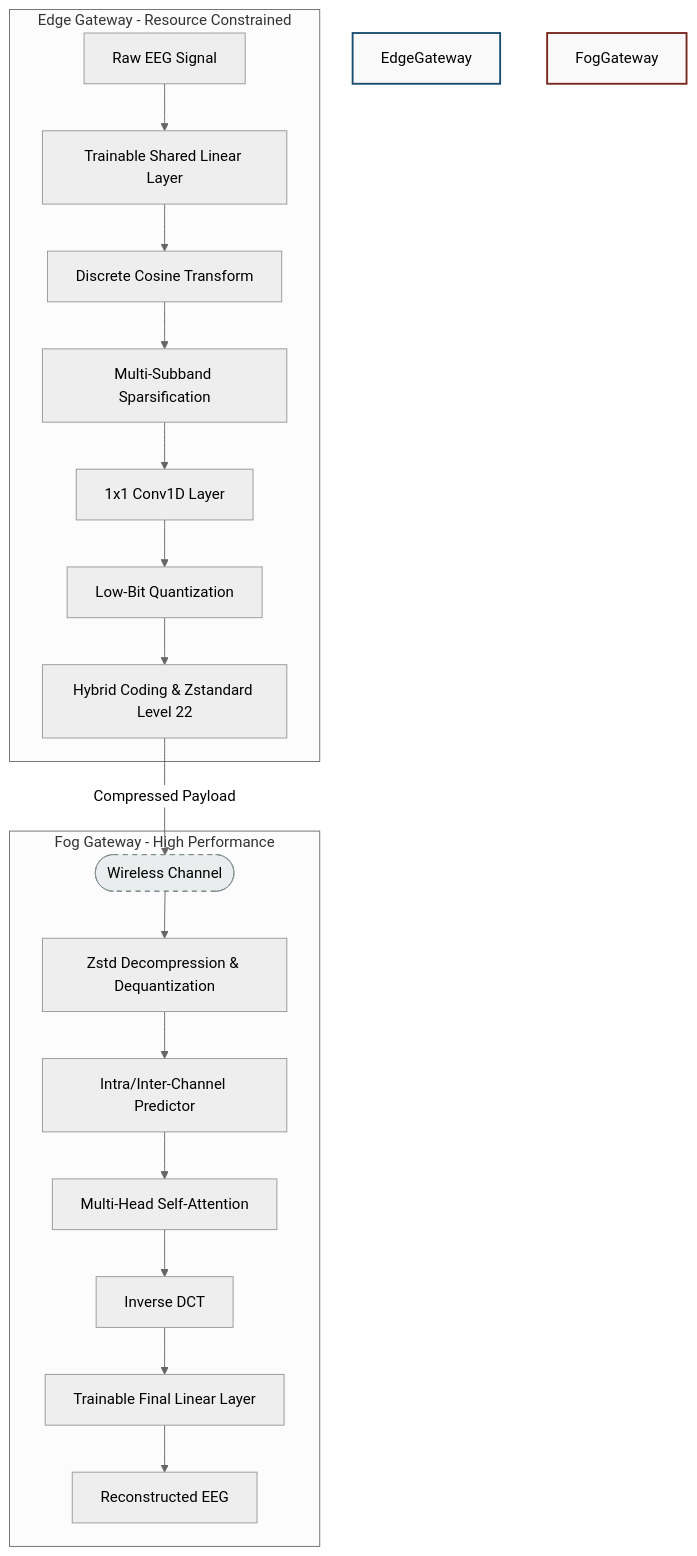
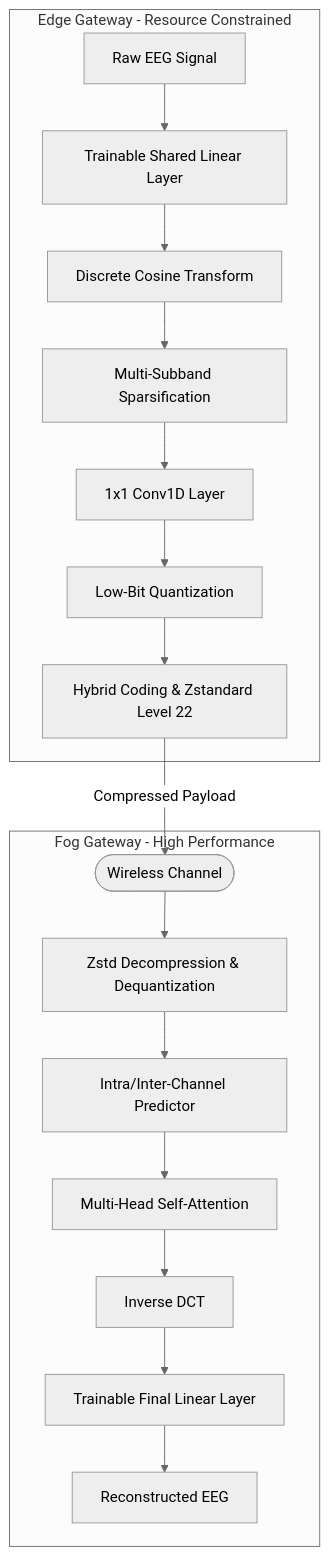
The diagram in README.md (VaishnaviThirumala07/Edge-Fog-Computing-Enabled-EEG-Data-Compression), drawn with Mermaid (neutral theme) before and after one commit.

````diff
--- a/README.md
+++ b/README.md
@@ -14,29 +14,25 @@
 ```mermaid
 graph TD
     %% Edge Gateway Section
-    subgraph Edge Gateway [Edge Gateway - Resource Constrained]
-        Input[Raw EEG Signal] --> SharedLinear[Trainable Shared Linear Layer]
-        SharedLinear --> DCTMat[Discrete Cosine Transform]
-        DCTMat --> Subbands[Multi-Subband Sparsification]
-        Subbands --> Conv1x1[1x1 Conv1D Layer]
-        Conv1x1 --> Quant[Low-Bit Quantization]
-        Quant --> HybridCoding[Hybrid Coding & Zstandard Level 22]
+    subgraph EdgeGateway ["Edge Gateway - Resource Constrained"]
+        Input["Raw EEG Signal"] --> SharedLinear["Trainable Shared Linear Layer"]
+        SharedLinear --> DCTMat["Discrete Cosine Transform"]
+        DCTMat --> Subbands["Multi-Subband Sparsification"]
+        Subbands --> Conv1x1["1x1 Conv1D Layer"]
+        Conv1x1 --> Quant["Low-Bit Quantization"]
+        Quant --> HybridCoding["Hybrid Coding & Zstandard Level 22"]
     end
 
     %% Transmission
-    HybridCoding -->|Compressed Payload| Network([Wireless Channel])
+    HybridCoding -->|Compressed Payload| Network(["Wireless Channel"])
 
     %% Fog Gateway Section
-    subgraph Fog Gateway [Fog Gateway - High Performance]
-        Network --> ZstdDecompress[Zstd Decompression & Dequantization]
-        ZstdDecompress --> IntraInter[Intra/Inter-Channel Predictor]
-        IntraInter --> MHA[Multi-Head Self-Attention]
-        MHA --> IDCTMat[Inverse DCT]
-        IDCTMat --> FinalLinear[Trainable Final Linear Layer]
-        FinalLinear --> Output[Reconstructed EEG]
+    subgraph FogGateway ["Fog Gateway - High Performance"]
+        Network --> ZstdDecompress["Zstd Decompression & Dequantization"]
+        ZstdDecompress --> IntraInter["Intra/Inter-Channel Predictor"]
+        IntraInter --> MHA["Multi-Head Self-Attention"]
+        MHA --> IDCTMat["Inverse DCT"]
+        IDCTMat --> FinalLinear["Trainable Final Linear Layer"]
+        FinalLinear --> Output["Reconstructed EEG"]
     end
-
-    style EdgeGateway fill:#f9f9f9,stroke:#1B4F72,stroke-width:2px;
-    style FogGateway fill:#f9f9f9,stroke:#78281F,stroke-width:2px;
-    style Network fill:#eaeded,stroke:#7f8c8d,stroke-dasharray: 5 5;
 ```
````
